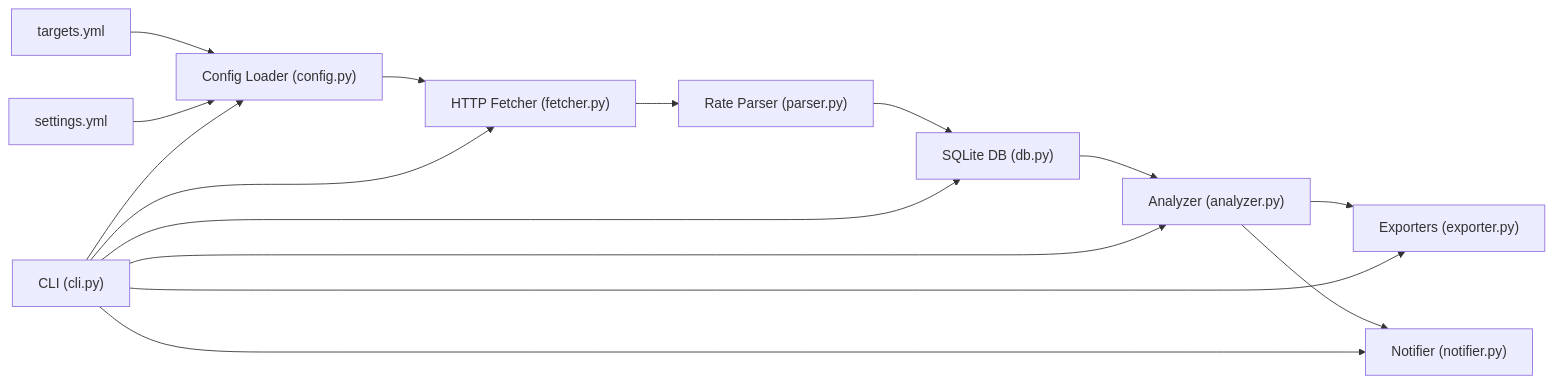
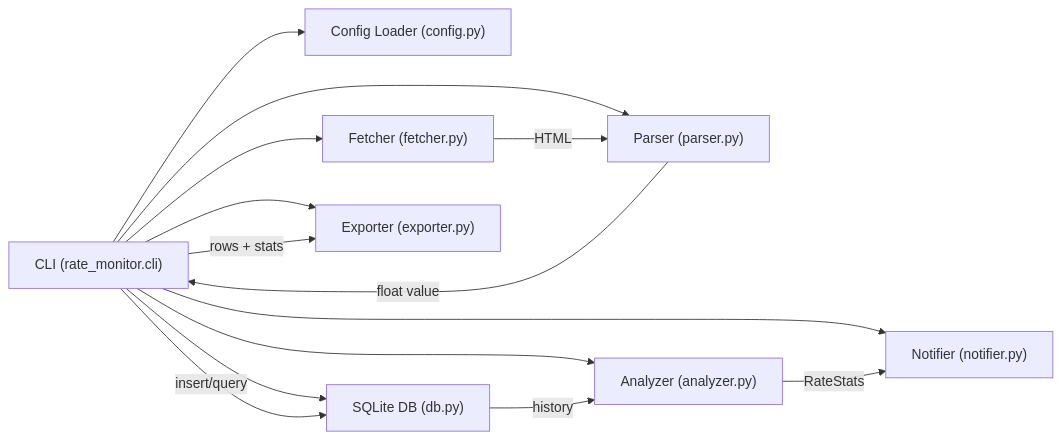
Before and after one commit to ryuhei-py/Rate-Monitor-Template: the diagram in docs/architecture.md, drawn with Mermaid. The commit also changed other lines of this file and 5 other files, not shown here.

`````diff
--- a/docs/architecture.md
+++ b/docs/architecture.md
@@ -25,20 +71,17 @@
 ```mermaid
 flowchart LR
-  TargetsYAML["targets.yml"] --> ConfigLoader
-  SettingsYAML["settings.yml"] --> ConfigLoader
+  CLI["CLI (rate_monitor.cli)"] --> CFG["Config Loader (config.py)"]
+  CLI --> F["Fetcher (fetcher.py)"]
+  CLI --> P["Parser (parser.py)"]
+  CLI --> DB["SQLite DB (db.py)"]
+  CLI --> A["Analyzer (analyzer.py)"]
+  CLI --> N["Notifier (notifier.py)"]
+  CLI --> E["Exporter (exporter.py)"]
 
-  ConfigLoader["Config Loader (config.py)"] --> Fetcher["HTTP Fetcher (fetcher.py)"]
-  Fetcher --> Parser["Rate Parser (parser.py)"]
-  Parser --> DB["SQLite DB (db.py)"]
-
-  DB --> Analyzer["Analyzer (analyzer.py)"]
-  Analyzer --> Exporter["Exporters (exporter.py)"]
-  Analyzer --> Notifier["Notifier (notifier.py)"]
-
-  CLI["CLI (cli.py)"] --> ConfigLoader
-  CLI --> Fetcher
-  CLI --> DB
-  CLI --> Analyzer
-  CLI --> Exporter
-  CLI --> Notifier
-```
+  F -->|HTML| P
+  P -->|float value| CLI
+  CLI -->|insert/query| DB
+  DB -->|history| A
+  A -->|RateStats| N
+  CLI -->|rows + stats| E
+````
`````
